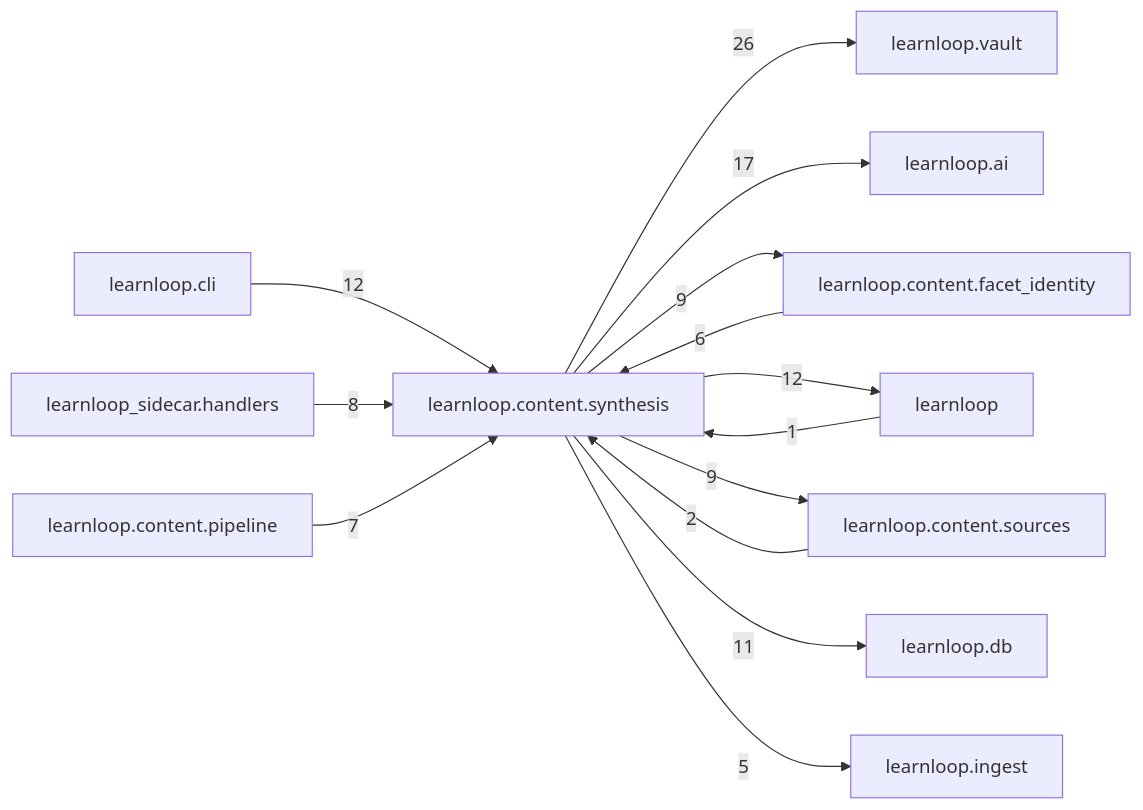
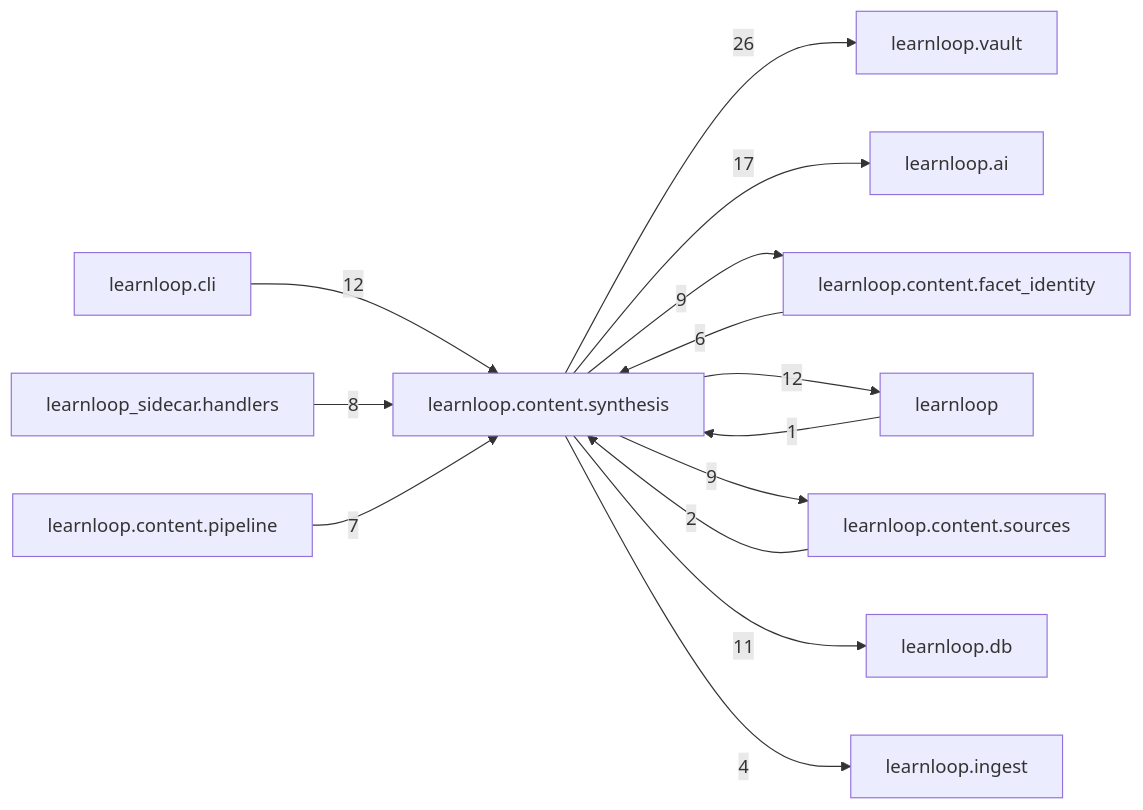
The diagram in docs/learnloop-architecture-vault/Reference/Modules/learnloop/content/synthesis/_package.md (6up-b/learnanything), drawn with Mermaid before and after one commit. The commit also changed other lines of this file and 209 other files, not shown here.

````diff
--- a/docs/learnloop-architecture-vault/Reference/Modules/learnloop/content/synthesis/_package.md
+++ b/docs/learnloop-architecture-vault/Reference/Modules/learnloop/content/synthesis/_package.md
@@ -121,27 +121,27 @@
 ```mermaid
 flowchart LR
     center["learnloop.content.synthesis"]
     n_learnloop_vault["learnloop.vault"]
     n_learnloop_ai["learnloop.ai"]
     n_learnloop_content_facet_identity["learnloop.content.facet_identity"]
     n_learnloop["learnloop"]
     n_learnloop_cli["learnloop.cli"]
     n_learnloop_content_sources["learnloop.content.sources"]
     n_learnloop_db["learnloop.db"]
     n_learnloop_sidecar_handlers["learnloop_sidecar.handlers"]
     n_learnloop_content_pipeline["learnloop.content.pipeline"]
     n_learnloop_ingest["learnloop.ingest"]
     center -->|26| n_learnloop_vault
     center -->|17| n_learnloop_ai
     n_learnloop_content_facet_identity -->|6| center
     center -->|9| n_learnloop_content_facet_identity
     n_learnloop -->|1| center
     center -->|12| n_learnloop
     n_learnloop_cli -->|12| center
     n_learnloop_content_sources -->|2| center
     center -->|9| n_learnloop_content_sources
     center -->|11| n_learnloop_db
     n_learnloop_sidecar_handlers -->|8| center
     n_learnloop_content_pipeline -->|7| center
-    center -->|5| n_learnloop_ingest
+    center -->|4| n_learnloop_ingest
 ```
````
